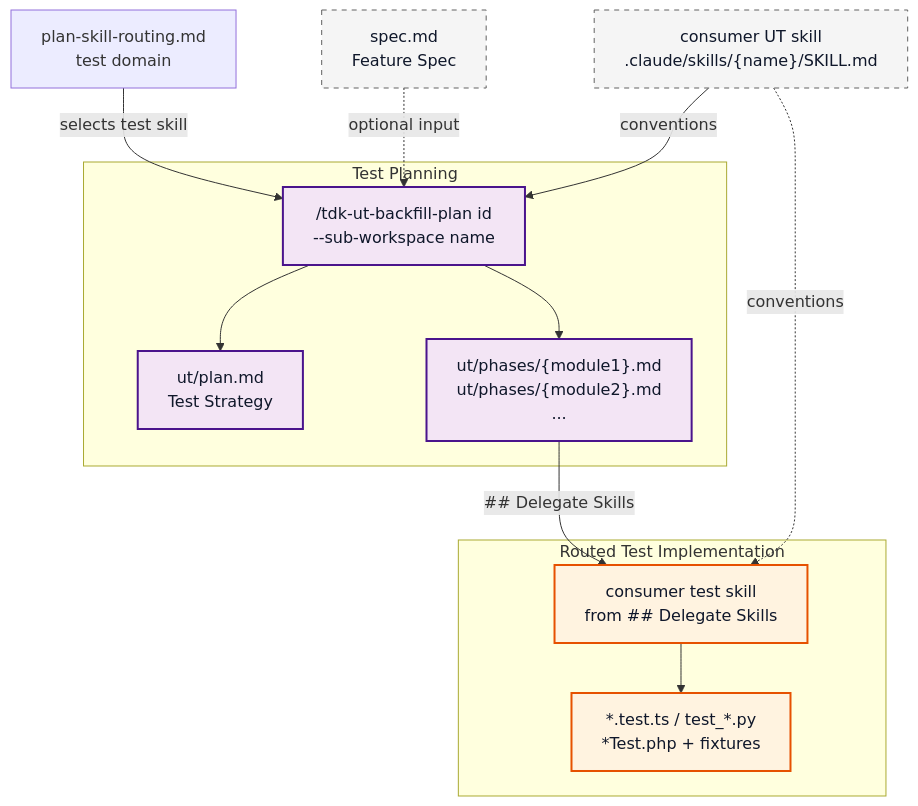
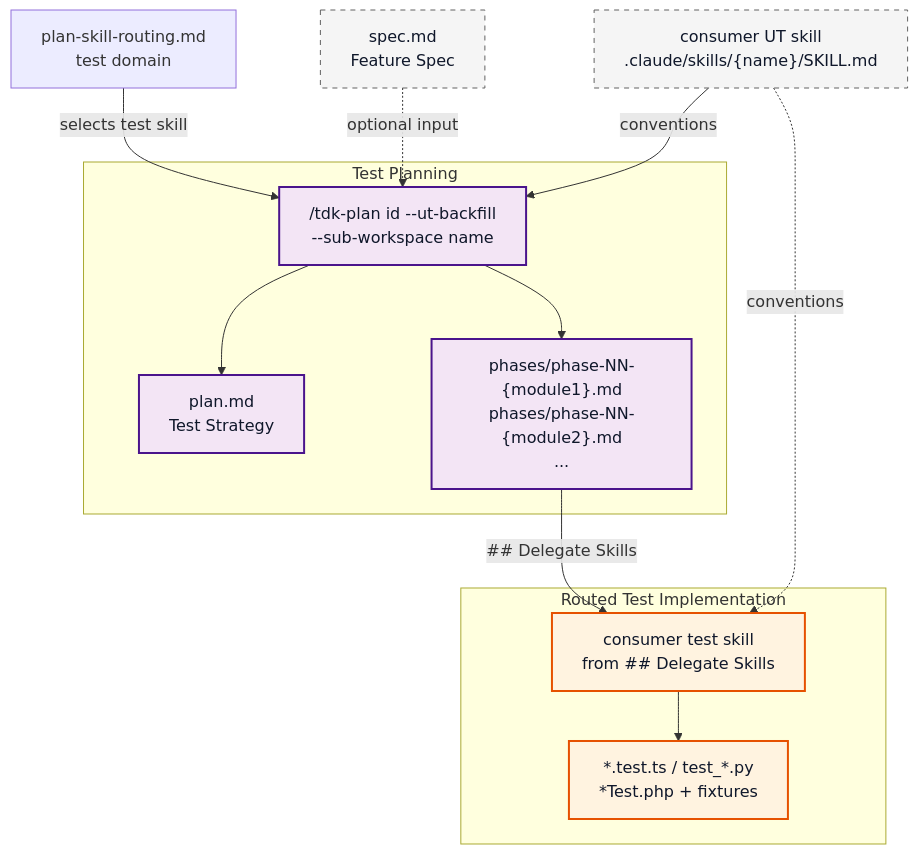
The fifth of 8 diagrams in .specify/docs/en/guides/workflow-map.md (vinhltt/tdk), drawn with Mermaid before and after one commit. The commit also changed other lines of this file and 69 other files, not shown here.

````diff
--- a/.specify/docs/en/guides/workflow-map.md
+++ b/.specify/docs/en/guides/workflow-map.md
@@ -208,36 +208,36 @@
 ```mermaid
 flowchart TD
     SPEC_UT[spec.md<br/>Feature Spec]
     UT_SKILL["consumer UT skill<br/>.claude/skills/{name}/SKILL.md"]
 
     subgraph PLANNING_UT["Test Planning"]
-        UT_PLAN_CMD["/tdk-ut-backfill-plan id<br/>--sub-workspace name"]
-        UT_PLAN["ut/plan.md<br/>Test Strategy"]
-        UT_PHASES["ut/phases/{module1}.md<br/>ut/phases/{module2}.md<br/>..."]
+        UT_PLAN_CMD["/tdk-plan id --ut-backfill<br/>--sub-workspace name"]
+        UT_PLAN["plan.md<br/>Test Strategy"]
+        UT_PHASES["phases/phase-NN-{module1}.md<br/>phases/phase-NN-{module2}.md<br/>..."]
     end
 
     subgraph GENERATION_UT["Routed Test Implementation"]
         UT_GEN["consumer test skill<br/>from ## Delegate Skills"]
         TEST_FILES["*.test.ts / test_*.py<br/>*Test.php + fixtures"]
     end
 
     ROUTING["plan-skill-routing.md<br/>test domain"]
 
     ROUTING -->|selects test skill| UT_PLAN_CMD
     UT_SKILL -->|conventions| UT_PLAN_CMD
     UT_PLAN_CMD --> UT_PLAN
     UT_PLAN_CMD --> UT_PHASES
     UT_PHASES -->|## Delegate Skills| UT_GEN
     UT_SKILL -.->|conventions| UT_GEN
     UT_GEN --> TEST_FILES
     SPEC_UT -.->|optional input| UT_PLAN_CMD
 
     classDef planning fill:#f3e5f5,stroke:#4a148c,stroke-width:2px,color:#0f172a
     classDef generation fill:#fff3e0,stroke:#e65100,stroke-width:2px,color:#0f172a
     classDef orchestrator fill:#e1f5ff,stroke:#01579b,stroke-width:2px,color:#0f172a
     classDef reference fill:#f5f5f5,stroke:#616161,stroke-width:1px,stroke-dasharray: 5 5,color:#0f172a
 
     class UT_PLAN_CMD,UT_PLAN,UT_PHASES planning
     class UT_GEN,TEST_FILES generation
     class SPEC_UT,UT_SKILL reference
 ```
````
